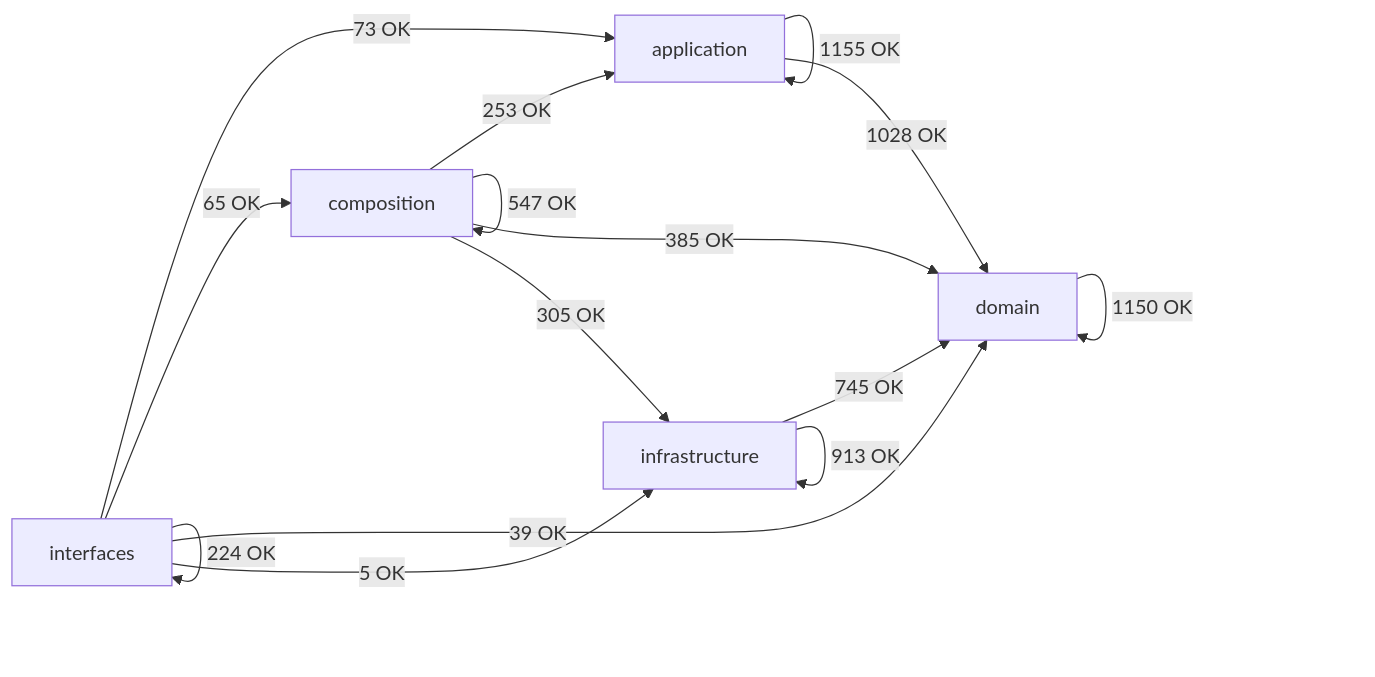
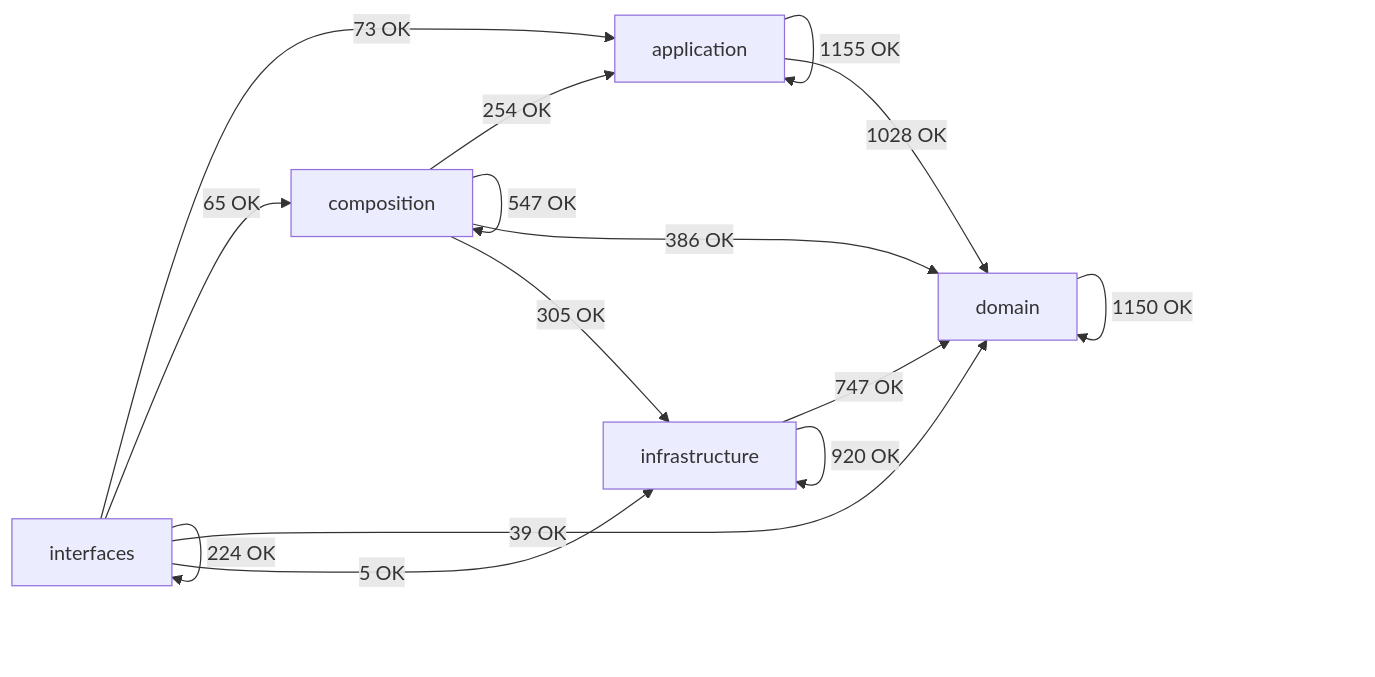
The diagram in docs/02-architecture/generated/module-dependency-map.md (SatoryKono/BioactivityDataAcquisition), drawn with Mermaid before and after one commit. The commit also changed other lines of this file and 87 other files, not shown here.

````diff
--- a/docs/02-architecture/generated/module-dependency-map.md
+++ b/docs/02-architecture/generated/module-dependency-map.md
@@ -17,22 +17,22 @@
 ```mermaid
 flowchart LR
     domain[domain]
     application[application]
     infrastructure[infrastructure]
     composition[composition]
     interfaces[interfaces]
     application -->|1155 OK| application
     application -->|1028 OK| domain
-    composition -->|253 OK| application
+    composition -->|254 OK| application
     composition -->|547 OK| composition
-    composition -->|385 OK| domain
+    composition -->|386 OK| domain
     composition -->|305 OK| infrastructure
     domain -->|1150 OK| domain
-    infrastructure -->|745 OK| domain
-    infrastructure -->|913 OK| infrastructure
+    infrastructure -->|747 OK| domain
+    infrastructure -->|920 OK| infrastructure
     interfaces -->|73 OK| application
     interfaces -->|65 OK| composition
     interfaces -->|39 OK| domain
     interfaces -->|5 OK| infrastructure
     interfaces -->|224 OK| interfaces
 ```
````
